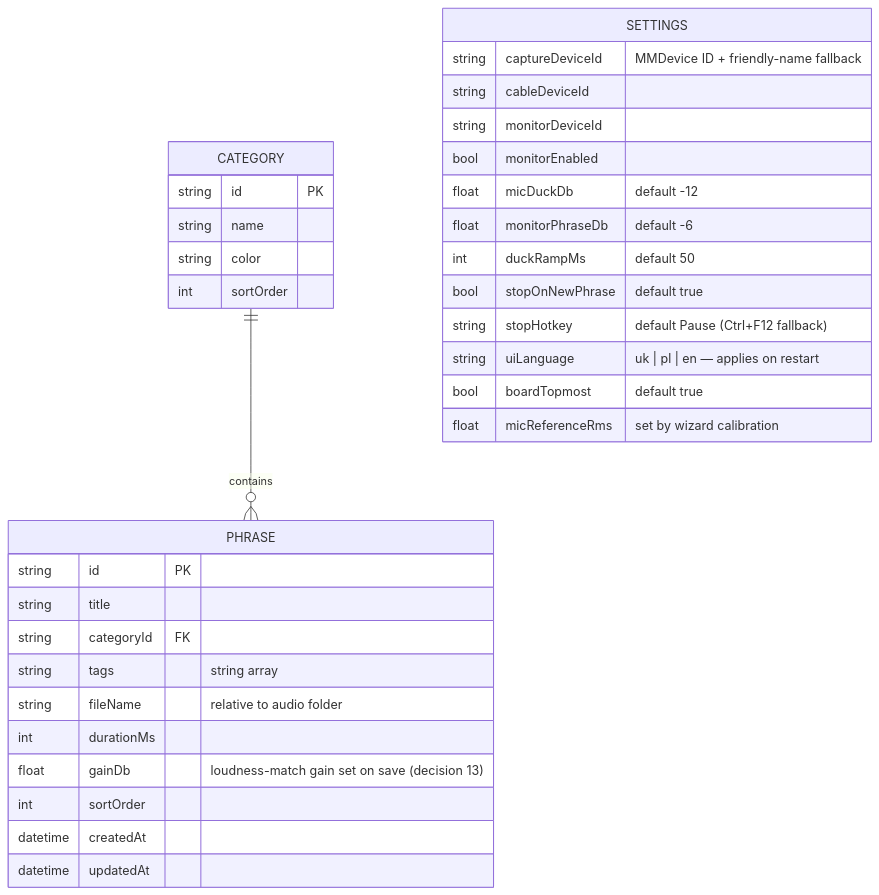
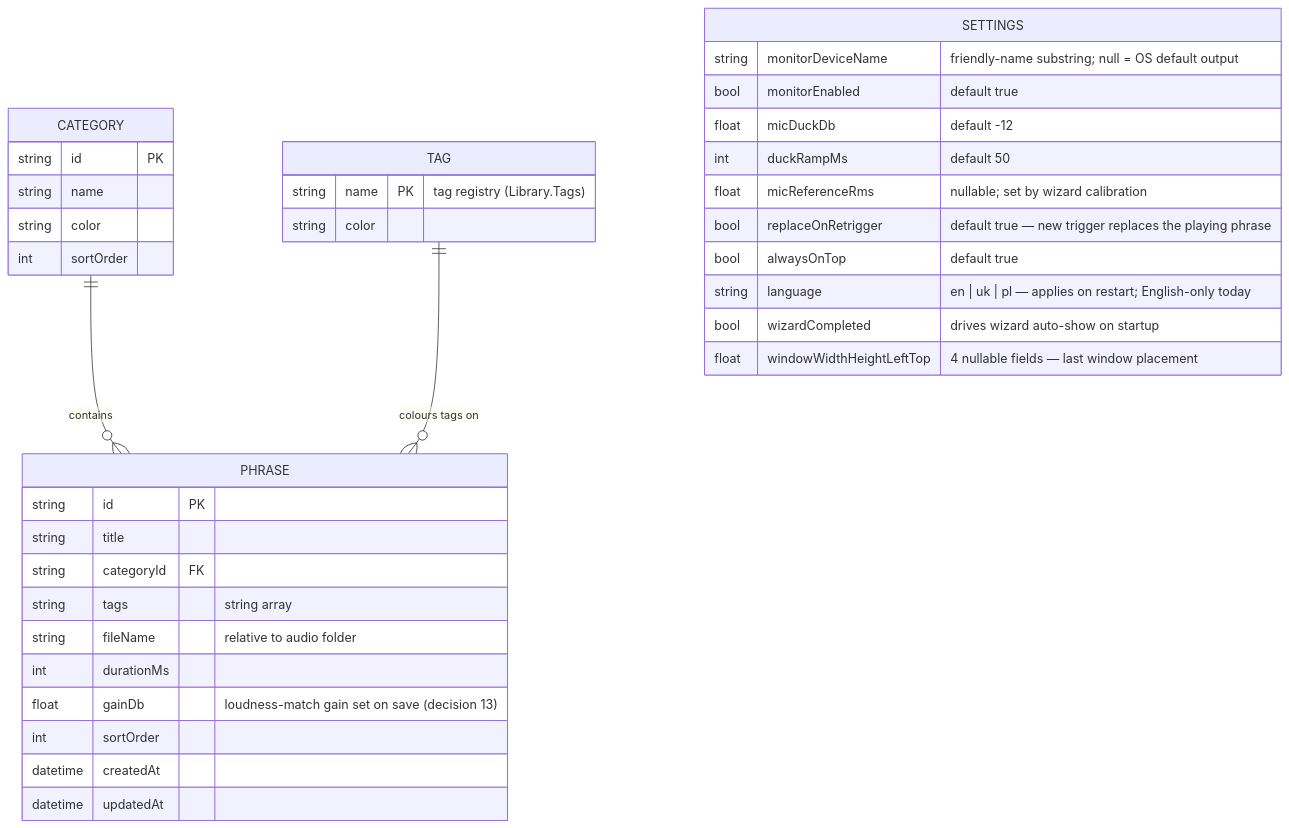
Before and after one commit to olehserv/ada-voice: the diagram in docs/design/04-data-storage.md, drawn with Mermaid. The commit also changed other lines of this file and 48 other files, not shown here.

````diff
--- a/docs/design/04-data-storage.md
+++ b/docs/design/04-data-storage.md
@@ -5,36 +5,39 @@
 ```mermaid
 erDiagram
     CATEGORY ||--o{ PHRASE : contains
+    TAG ||--o{ PHRASE : "colours tags on"
+    TAG {
+        string name PK "tag registry (Library.Tags)"
+        string color
+    }
     CATEGORY {
         string id PK
         string name
         string color
         int sortOrder
     }
     PHRASE {
         string id PK
         string title
         string categoryId FK
         string tags "string array"
         string fileName "relative to audio folder"
         int durationMs
         float gainDb "loudness-match gain set on save (decision 13)"
         int sortOrder
         datetime createdAt
         datetime updatedAt
     }
     SETTINGS {
-        string captureDeviceId "MMDevice ID + friendly-name fallback"
-        string cableDeviceId
-        string monitorDeviceId
-        bool monitorEnabled
+        string monitorDeviceName "friendly-name substring; null = OS default output"
+        bool monitorEnabled "default true"
         float micDuckDb "default -12"
-        float monitorPhraseDb "default -6"
         int duckRampMs "default 50"
-        bool stopOnNewPhrase "default true"
-        string stopHotkey "default Pause (Ctrl+F12 fallback)"
-        string uiLanguage "uk | pl | en — applies on restart"
-        bool boardTopmost "default true"
-        float micReferenceRms "set by wizard calibration"
+        float micReferenceRms "nullable; set by wizard calibration"
+        bool replaceOnRetrigger "default true — new trigger replaces the playing phrase"
+        bool alwaysOnTop "default true"
+        string language "en | uk | pl — applies on restart; English-only today"
+        bool wizardCompleted "drives wizard auto-show on startup"
+        float windowWidthHeightLeftTop "4 nullable fields — last window placement"
     }
 ```
````
